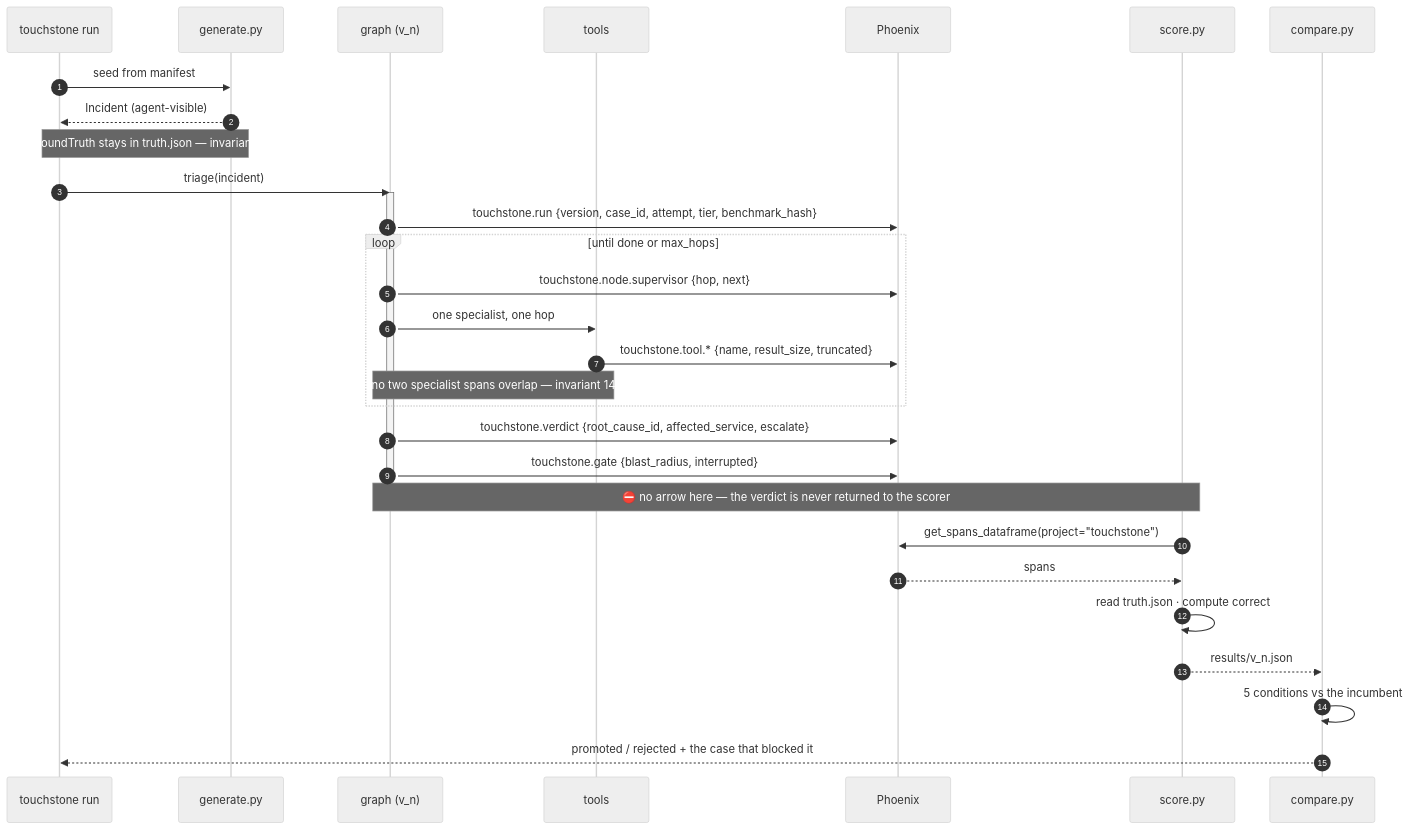
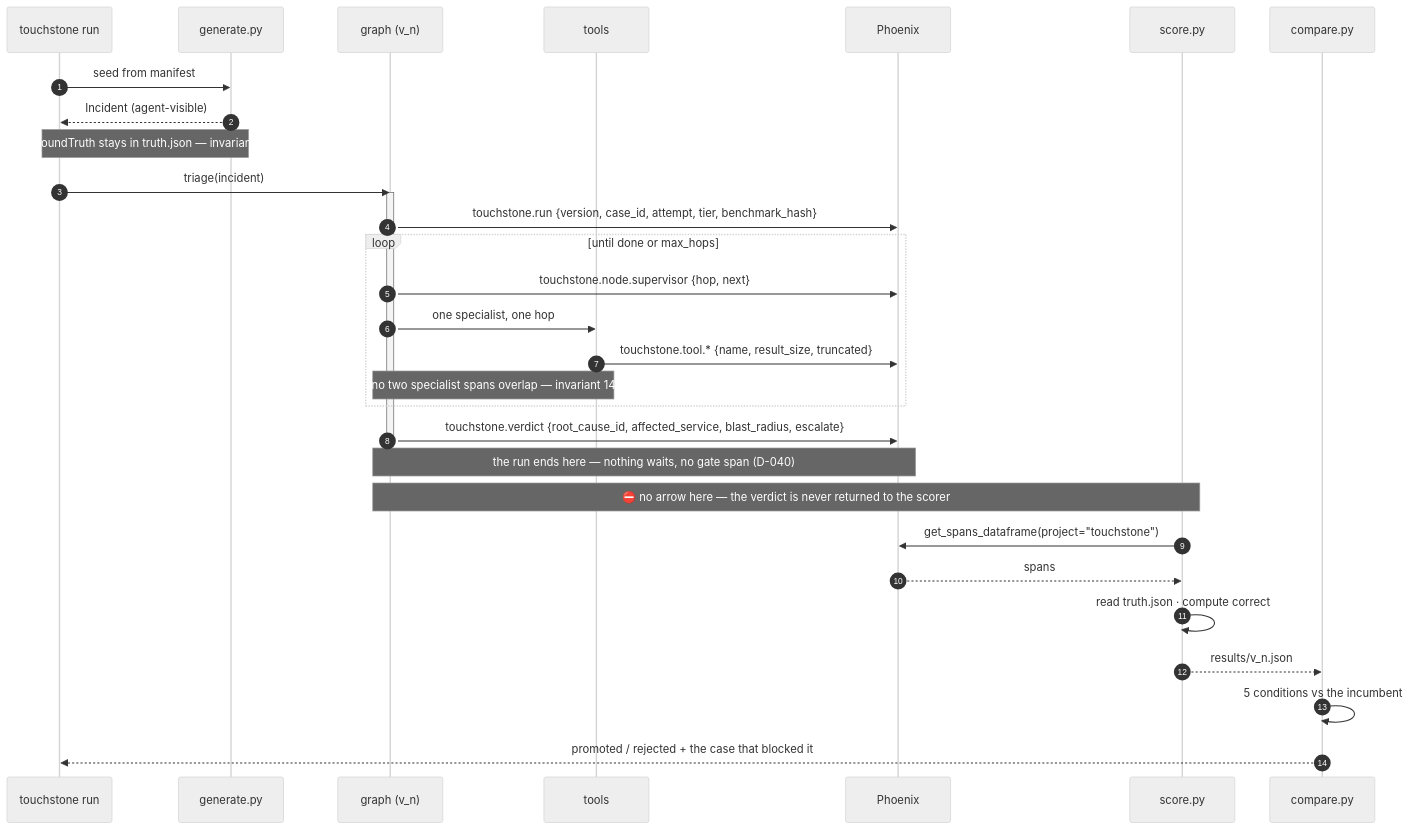
One commit to sandeepyadav1478/touchstone changed the diagram in docs/04-observability.md. Above: the diagram before and after it, drawn with Mermaid (neutral theme). The commit also changed other lines of this file and 12 other files, not shown here.

````diff
--- a/docs/04-observability.md
+++ b/docs/04-observability.md
@@ -185,37 +190,37 @@
 ```mermaid
 sequenceDiagram
     autonumber
     participant CLI as touchstone run
     participant GEN as generate.py
     participant G as graph (v_n)
     participant T as tools
     participant PHX as Phoenix
     participant SC as score.py
     participant CMP as compare.py
 
     CLI->>GEN: seed from manifest
     GEN-->>CLI: Incident (agent-visible)
     Note over GEN,CLI: GroundTruth stays in truth.json — invariant 1
 
     CLI->>G: triage(incident)
     activate G
     G->>PHX: touchstone.run {version, case_id, attempt, tier, benchmark_hash}
     loop until done or max_hops
         G->>PHX: touchstone.node.supervisor {hop, next}
         G->>T: one specialist, one hop
         T->>PHX: touchstone.tool.* {name, result_size, truncated}
         Note over G,T: no two specialist spans overlap — invariant 14
     end
-    G->>PHX: touchstone.verdict {root_cause_id, affected_service, escalate}
-    G->>PHX: touchstone.gate {blast_radius, interrupted}
+    G->>PHX: touchstone.verdict {root_cause_id, affected_service, blast_radius, escalate}
     deactivate G
+    Note over G,PHX: the run ends here — nothing waits, no gate span (D-040)
 
     Note over G,SC: ⛔ no arrow here — the verdict is never returned to the scorer
 
     SC->>PHX: get_spans_dataframe(project="touchstone")
     PHX-->>SC: spans
     SC->>SC: read truth.json · compute correct
     SC-->>CMP: results/v_n.json
     CMP->>CMP: 5 conditions vs the incumbent
     CMP-->>CLI: promoted / rejected + the case that blocked it
 ```
````
